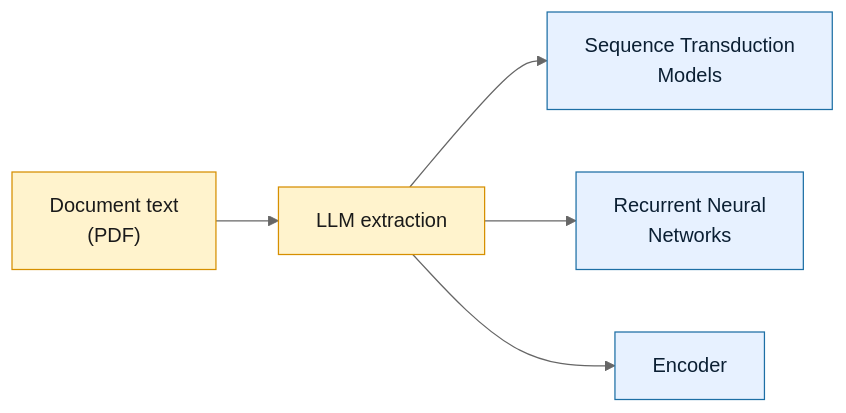
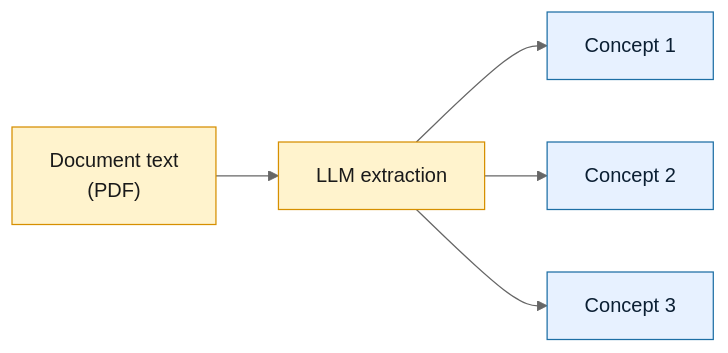
The third of 7 diagrams in vector_graph_hybrid.md (CogKnowEdge-Solutions/Context-Memory-Layer), drawn with Mermaid (neutral theme) before and after one commit. The commit also changed other lines of this file, not shown here.

````diff
--- a/vector_graph_hybrid.md
+++ b/vector_graph_hybrid.md
@@ -80,12 +80,12 @@
 ```mermaid
 flowchart LR
     Doc["Document text<br/>(PDF)"] --> LLM["LLM extraction"]
-    LLM --> N1["Sequence Transduction<br/>Models"]
-    LLM --> N2["Recurrent Neural<br/>Networks"]
-    LLM --> N3["Encoder"]
+    LLM --> N1["Concept 1"]
+    LLM --> N2["Concept 2"]
+    LLM --> N3["Concept 3"]
 
     classDef docStyle fill:#fff3cd,stroke:#d68f00,stroke-width:1px,color:#1a1a1a
     classDef nodeStyle fill:#e7f1ff,stroke:#1d6fa5,stroke-width:1px,color:#0b1f33
     class Doc,LLM docStyle
     class N1,N2,N3 nodeStyle
 ```
````
